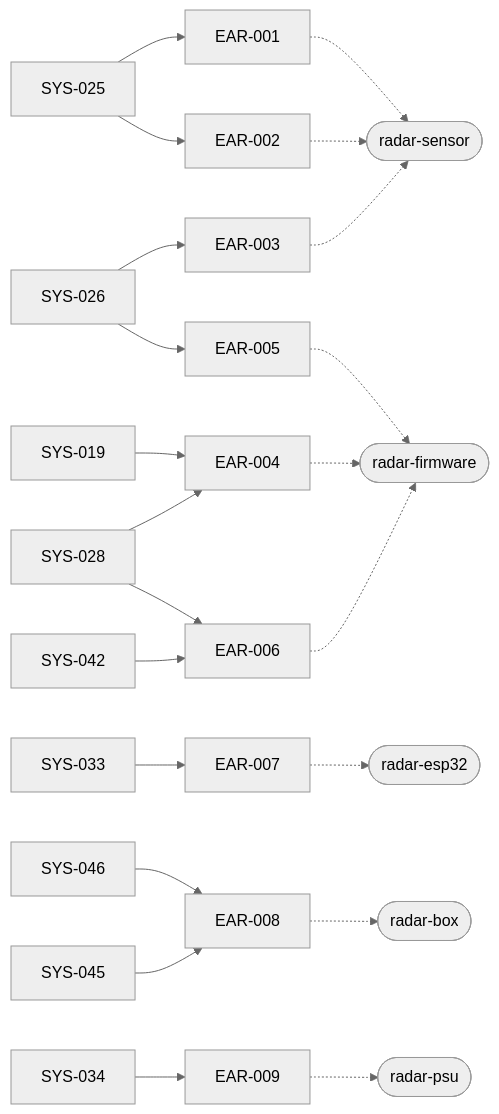
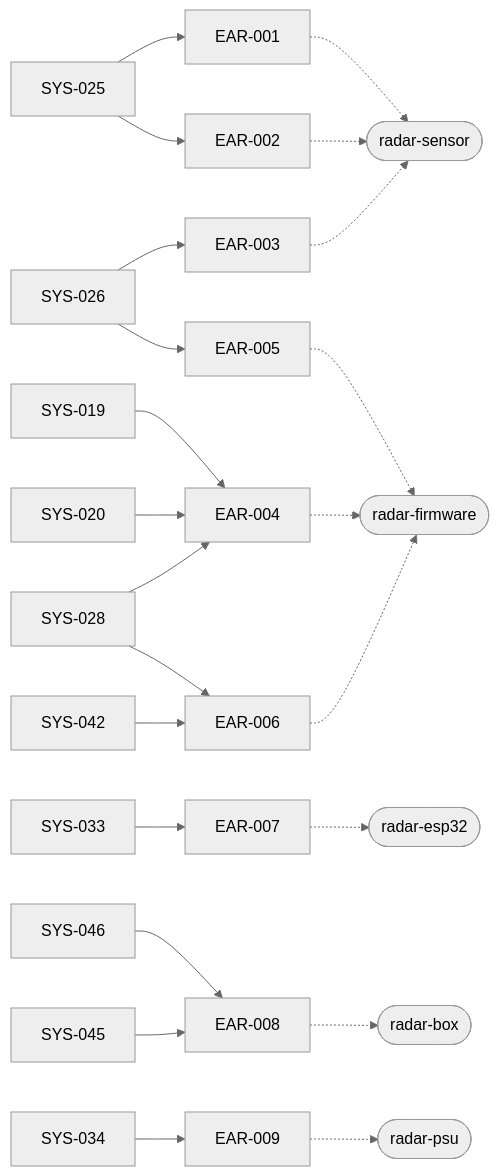
Before and after one commit to goatsnboats/monster-house: the third of 10 diagrams in docs/requirements/trace.md, drawn with Mermaid (neutral theme). The commit also changed other lines of this file and 14 other files, not shown here.

````diff
--- a/docs/requirements/trace.md
+++ b/docs/requirements/trace.md
@@ -466,24 +502,25 @@
 ```mermaid
 flowchart LR
   SYS_025[SYS-025] --> EAR_001[EAR-001]
   EAR_001 -.-> c_radar_sensor([radar-sensor])
   SYS_025[SYS-025] --> EAR_002[EAR-002]
   EAR_002 -.-> c_radar_sensor([radar-sensor])
   SYS_026[SYS-026] --> EAR_003[EAR-003]
   EAR_003 -.-> c_radar_sensor([radar-sensor])
   SYS_028[SYS-028] --> EAR_004[EAR-004]
   SYS_019[SYS-019] --> EAR_004[EAR-004]
+  SYS_020[SYS-020] --> EAR_004[EAR-004]
   EAR_004 -.-> c_radar_firmware([radar-firmware])
   SYS_026[SYS-026] --> EAR_005[EAR-005]
   EAR_005 -.-> c_radar_firmware([radar-firmware])
   SYS_042[SYS-042] --> EAR_006[EAR-006]
   SYS_028[SYS-028] --> EAR_006[EAR-006]
   EAR_006 -.-> c_radar_firmware([radar-firmware])
   SYS_033[SYS-033] --> EAR_007[EAR-007]
   EAR_007 -.-> c_radar_esp32([radar-esp32])
   SYS_046[SYS-046] --> EAR_008[EAR-008]
   SYS_045[SYS-045] --> EAR_008[EAR-008]
   EAR_008 -.-> c_radar_box([radar-box])
   SYS_034[SYS-034] --> EAR_009[EAR-009]
   EAR_009 -.-> c_radar_psu([radar-psu])
 ```
````
